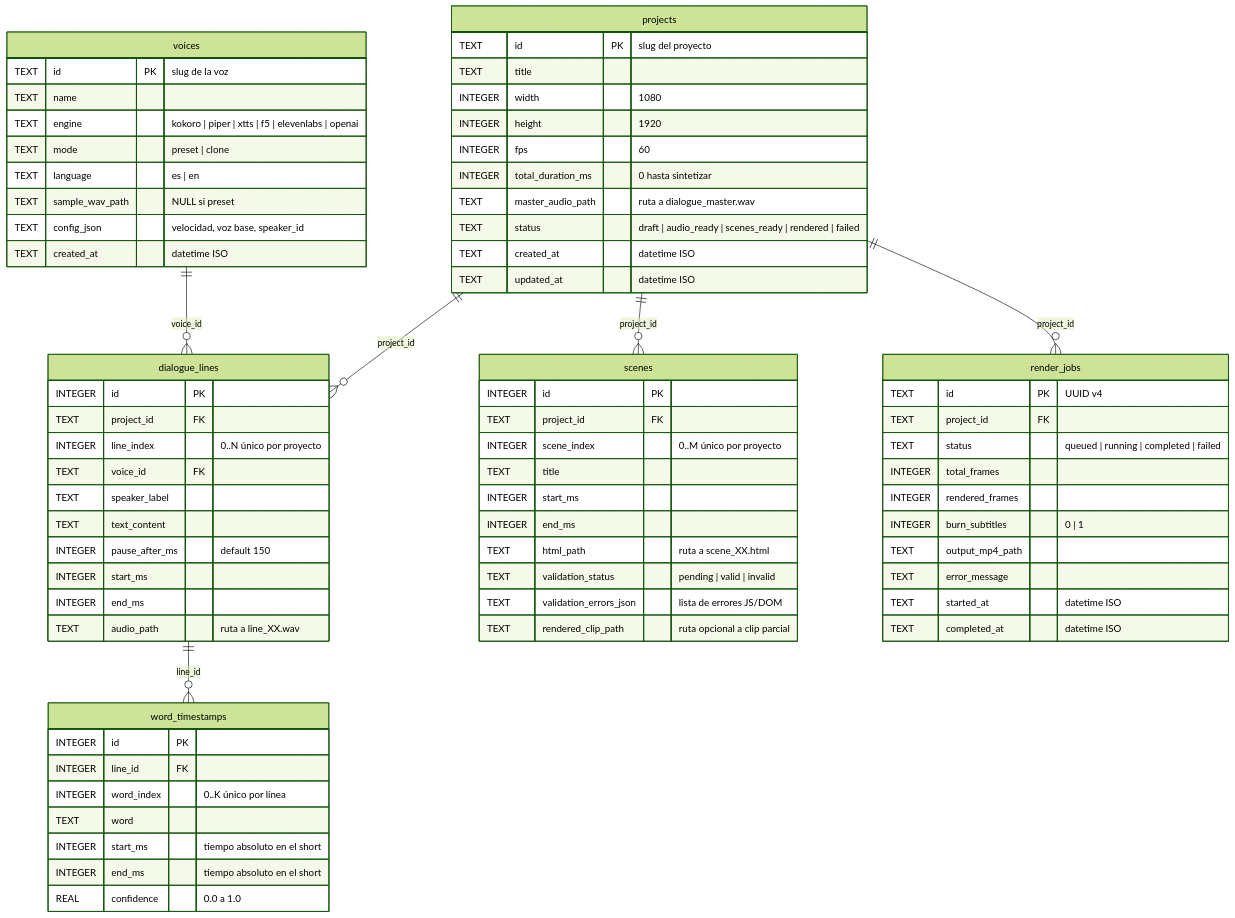
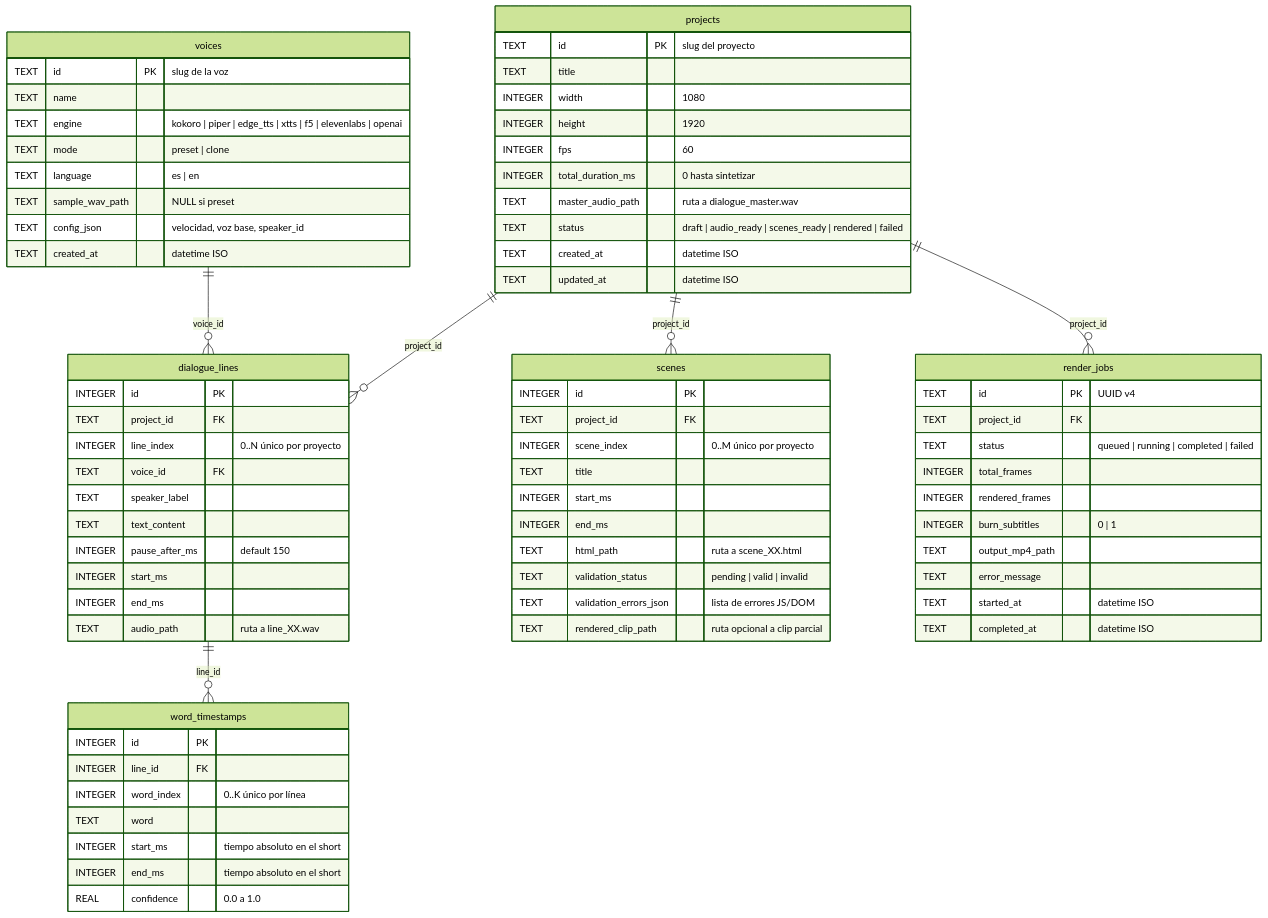
Before and after one commit to AlexPrietoRomani/mcp-videos: the tenth of 11 diagrams in docs/architecture/architecture.md, drawn with Mermaid (forest theme). The commit also changed other lines of this file and 19 other files, not shown here.

Commit message:
fix(mcp,audio,preview): corrige soporte edge_tts en SQLite, parámetros MCP topic/fps, subtítulos ASS y carrera multi-escena en preview

````diff
--- a/docs/architecture/architecture.md
+++ b/docs/architecture/architecture.md
@@ -374,76 +374,76 @@
 ```mermaid
 erDiagram
     voices ||--o{ dialogue_lines : "voice_id"
     projects ||--o{ dialogue_lines : "project_id"
     dialogue_lines ||--o{ word_timestamps : "line_id"
     projects ||--o{ scenes : "project_id"
     projects ||--o{ render_jobs : "project_id"
 
     voices {
         TEXT id PK "slug de la voz"
         TEXT name
-        TEXT engine "kokoro | piper | xtts | f5 | elevenlabs | openai"
+        TEXT engine "kokoro | piper | edge_tts | xtts | f5 | elevenlabs | openai"
         TEXT mode "preset | clone"
         TEXT language "es | en"
         TEXT sample_wav_path "NULL si preset"
         TEXT config_json "velocidad, voz base, speaker_id"
         TEXT created_at "datetime ISO"
     }
     projects {
         TEXT id PK "slug del proyecto"
         TEXT title
         INTEGER width "1080"
         INTEGER height "1920"
         INTEGER fps "60"
         INTEGER total_duration_ms "0 hasta sintetizar"
         TEXT master_audio_path "ruta a dialogue_master.wav"
         TEXT status "draft | audio_ready | scenes_ready | rendered | failed"
         TEXT created_at "datetime ISO"
         TEXT updated_at "datetime ISO"
     }
     dialogue_lines {
         INTEGER id PK
         TEXT project_id FK
         INTEGER line_index "0..N único por proyecto"
         TEXT voice_id FK
         TEXT speaker_label
         TEXT text_content
         INTEGER pause_after_ms "default 150"
         INTEGER start_ms
         INTEGER end_ms
         TEXT audio_path "ruta a line_XX.wav"
     }
     word_timestamps {
         INTEGER id PK
         INTEGER line_id FK
         INTEGER word_index "0..K único por línea"
         TEXT word
         INTEGER start_ms "tiempo absoluto en el short"
         INTEGER end_ms "tiempo absoluto en el short"
         REAL confidence "0.0 a 1.0"
     }
     scenes {
         INTEGER id PK
         TEXT project_id FK
         INTEGER scene_index "0..M único por proyecto"
         TEXT title
         INTEGER start_ms
         INTEGER end_ms
         TEXT html_path "ruta a scene_XX.html"
         TEXT validation_status "pending | valid | invalid"
         TEXT validation_errors_json "lista de errores JS/DOM"
         TEXT rendered_clip_path "ruta opcional a clip parcial"
     }
     render_jobs {
         TEXT id PK "UUID v4"
         TEXT project_id FK
         TEXT status "queued | running | completed | failed"
         INTEGER total_frames
         INTEGER rendered_frames
         INTEGER burn_subtitles "0 | 1"
         TEXT output_mp4_path
         TEXT error_message
         TEXT started_at "datetime ISO"
         TEXT completed_at "datetime ISO"
     }
 ```
````
